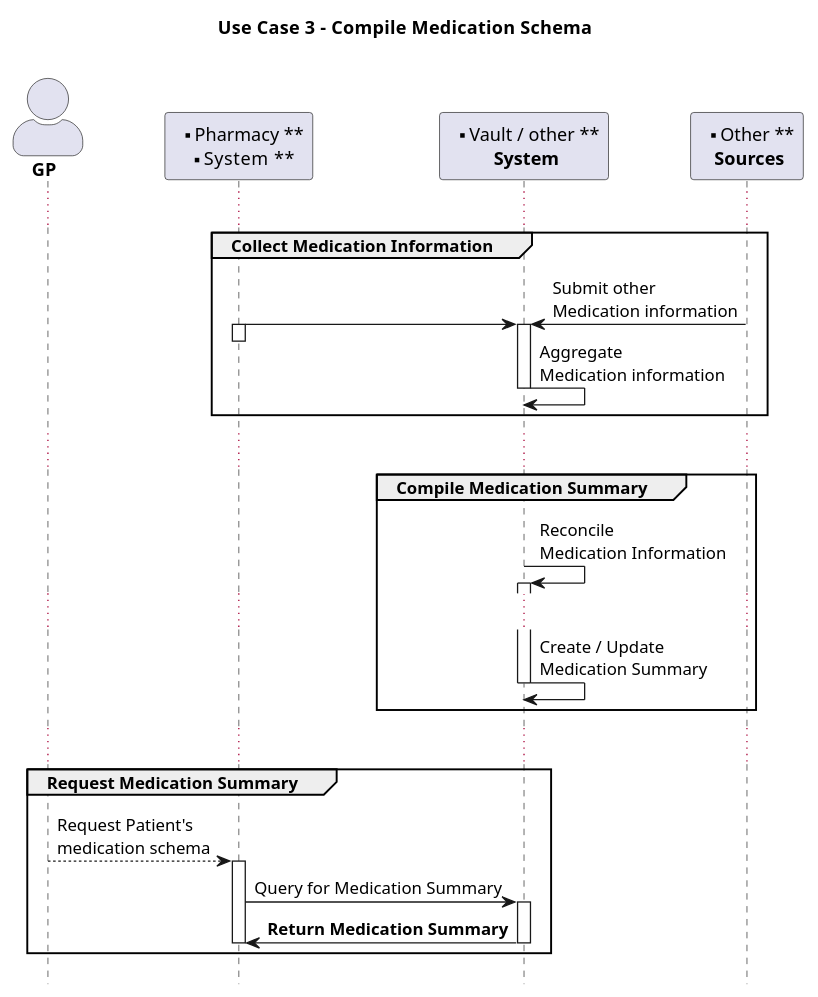
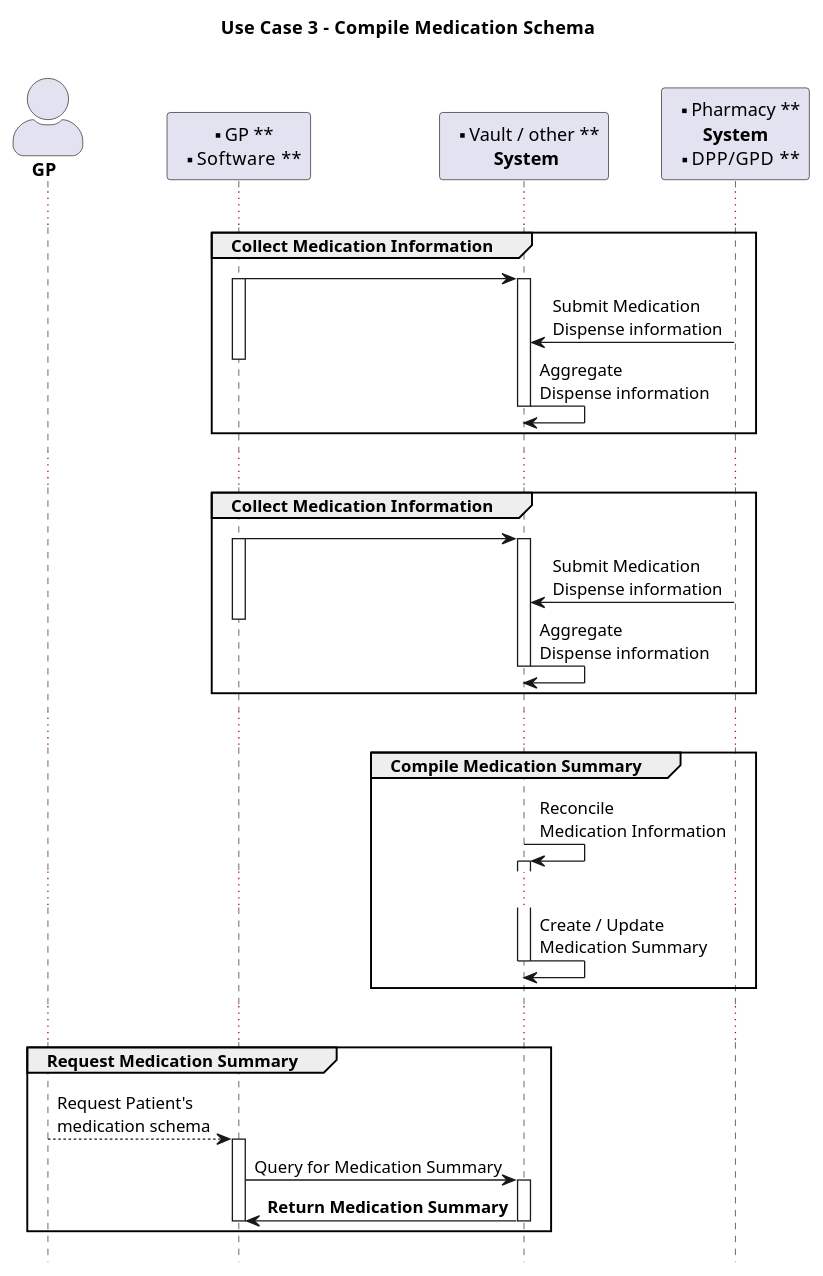
Before and after one commit to jcostateixeira/riziv-medication-record: the diagram in input/images-source/usecase-medicationschema-3.plantuml, drawn with PlantUML. The commit also changed 2 other files, not shown here.

Commit message:
update usage diagrams

```diff
--- a/input/images-source/usecase-medicationschema-3.plantuml
+++ b/input/images-source/usecase-medicationschema-3.plantuml
@@ -1,50 +1,63 @@
 @startuml
 title Use Case 3  -  Compile Medication Schema \n
 skinparam actorStyle awesome
 !pragma teoz true
 hide footbox
 
 '!include ./style.iuml
 
 'actor "**Patient**" as P
 actor "**GP**" as GP
-Participant "** Pharmacy **\n**  System  **" as PIS
+Participant "** GP **\n**  Software  **" as GPS
 Participant "** Vault / other **\n **  System  **" as V
-Participant "** Other **\n **  Sources  **" as Src
+Participant "** Pharmacy **\n **  System  ** \n**  DPP/GPD  **" as Src
 
 ...
 
 group Collect Medication Information
-PIS -> V
-activate PIS
-& Src -> V : Submit other\nMedication information
+GPS -> V
+activate GPS
 activate V
-deactivate PIS
-V -> V : Aggregate\nMedication information
+Src -> V : Submit Medication\nDispense information
+deactivate GPS
+V -> V : Aggregate\nDispense information
 deactivate V
 
 end
+...
+
+group Collect Medication Information
+GPS -> V
+activate GPS
+activate V
+Src -> V : Submit Medication\nDispense information
+deactivate GPS
+V -> V : Aggregate\nDispense information
+deactivate V
+
+end
+
 ...
 
 group Compile Medication Summary
 V -> V : Reconcile \nMedication Information
 activate V
 ...
 V -> V : Create / Update\nMedication Summary
 deactivate V
 end
 
 ...
 
 group Request Medication Summary
-GP --> PIS : Request Patient's\nmedication schema 
-activate PIS
-PIS -> V : Query for Medication Summary
+GP --> GPS : Request Patient's\nmedication schema 
+activate GPS
+GPS -> V : Query for Medication Summary
 activate V
-PIS <- V : **Return Medication Summary**
+GPS <- V : **Return Medication Summary**
 deactivate V
-deactivate PIS
+deactivate GPS
 end
 
 
 @enduml
```
